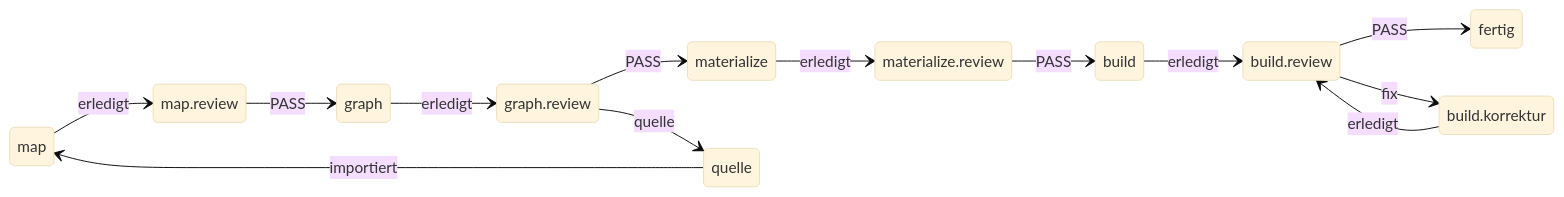
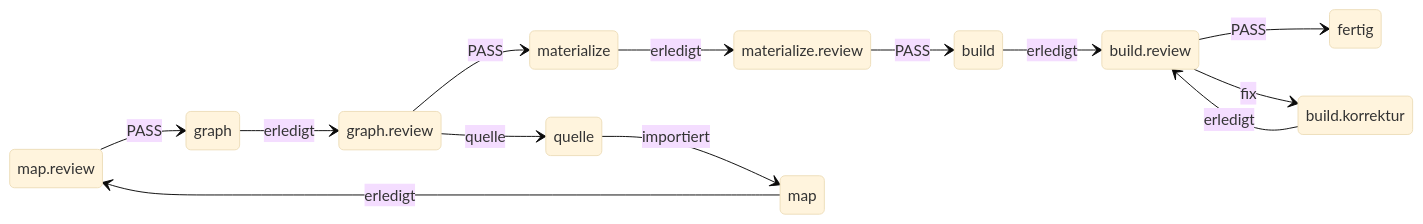
The first of 7 diagrams in README.md (blaumohn/ki-dev), drawn with Mermaid (base theme) before and after one commit. The commit also changed 1 other file, not shown here.

Commit message:
docs: Zustandsdiagramm mit Aliasen statt Punkten in IDs (ki-dev-ablauf-48c)
Mermaid-IDs ohne Punkt (state "map.review" as map_review), damit GitHub
das Diagramm sicher rendert; der Test löst die Aliase auf und prüft jede
Kante weiter gegen step-flow.toml.

Basislänge realer Übergaben nach rsq/5we (Grenze 4000): höchstens 2664,
Build-Review 2639.

Experiment: step-20261005

````diff
--- a/README.md
+++ b/README.md
@@ -129,16 +129,21 @@
 ```mermaid
 stateDiagram-v2
     direction LR
-    map --> map.review: erledigt
-    map.review --> graph: PASS
-    graph --> graph.review: erledigt
-    graph.review --> materialize: PASS
-    materialize --> materialize.review: erledigt
-    materialize.review --> build: PASS
-    build --> build.review: erledigt
-    build.review --> fertig: PASS
-    build.review --> build.korrektur: fix
-    build.korrektur --> build.review: erledigt
-    graph.review --> quelle: quelle
+    state "map.review" as map_review
+    state "graph.review" as graph_review
+    state "materialize.review" as materialize_review
+    state "build.review" as build_review
+    state "build.korrektur" as build_korrektur
+    map --> map_review: erledigt
+    map_review --> graph: PASS
+    graph --> graph_review: erledigt
+    graph_review --> materialize: PASS
+    materialize --> materialize_review: erledigt
+    materialize_review --> build: PASS
+    build --> build_review: erledigt
+    build_review --> fertig: PASS
+    build_review --> build_korrektur: fix
+    build_korrektur --> build_review: erledigt
+    graph_review --> quelle: quelle
     quelle --> map: importiert
 ```
````
